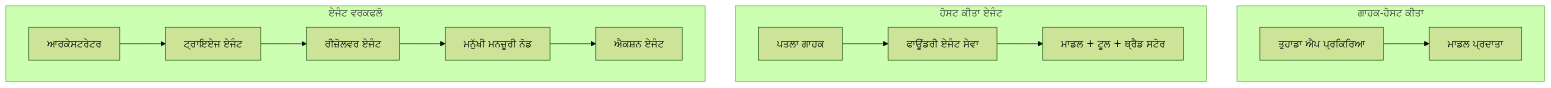
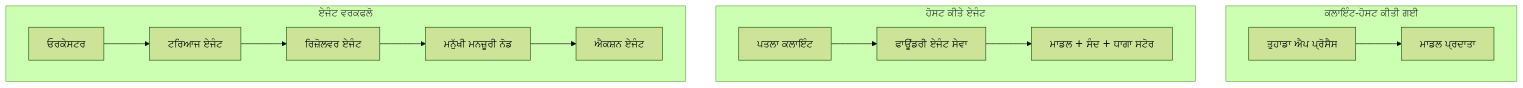
Before and after one commit to microsoft/ai-agents-for-beginners: the first of 4 diagrams in translations/pa/16-deploying-scalable-agents/README.md, drawn with Mermaid (forest theme). The commit also changed other lines of this file and 46 other files, not shown here.

````diff
--- a/translations/pa/16-deploying-scalable-agents/README.md
+++ b/translations/pa/16-deploying-scalable-agents/README.md
@@ -87,16 +87,16 @@
 ```mermaid
 flowchart TB
-    subgraph P1[ਗਾਹਕ-ਹੋਸਟ ਕੀਤਾ]
-        A1[ਤੁਹਾਡਾ ਐਪ ਪ੍ਰਕਿਰਿਆ] --> M1[ਮਾਡਲ ਪ੍ਰਦਾਤਾ]
+    subgraph P1[ਕਲਾਇੰਟ-ਹੋਸਟ ਕੀਤੀ ਗਈ]
+        A1[ਤੁਹਾਡਾ ਐਪ ਪ੍ਰੋਸੈਸ] --> M1[ਮਾਡਲ ਪ੍ਰਦਾਤਾ]
     end
-    subgraph P2[ਹੋਸਟ ਕੀਤਾ ਏਜੰਟ]
-        A2[ਪਤਲਾ ਗਾਹਕ] --> F2[ਫਾਊਂਡਰੀ ਏਜੰਟ ਸੇਵਾ]
-        F2 --> M2[ਮਾਡਲ + ਟੂਲ + ਥ੍ਰੈਡ ਸਟੋਰ]
+    subgraph P2[ਹੋਸਟ ਕੀਤੇ ਏਜੰਟ]
+        A2[ਪਤਲਾ ਕਲਾਇੰਟ] --> F2[ਫਾਊਂਡਰੀ ਏਜੰਟ ਸੇਵਾ]
+        F2 --> M2[ਮਾਡਲ + ਸੰਦ + ਧਾਗਾ ਸਟੋਰ]
     end
     subgraph P3[ਏਜੰਟ ਵਰਕਫਲੋ]
-        A3[ਆਰਕੇਸਟਰੇਟਰ] --> S1[ਟ੍ਰਾਇਏਜ ਏਜੰਟ]
-        S1 --> S2[ਰੀਜ਼ੋਲਵਰ ਏਜੰਟ]
+        A3[ਓਰਕੇਸਟਰ] --> S1[ਟਰਿਆਜ ਏਜੰਟ]
+        S1 --> S2[ਰਿਜ਼ੋਲਵਰ ਏਜੰਟ]
         S2 --> H[ਮਨੁੱਖੀ ਮਨਜ਼ੂਰੀ ਨੋਡ]
         H --> S3[ਐਕਸ਼ਨ ਏਜੰਟ]
     end
 ```
````
